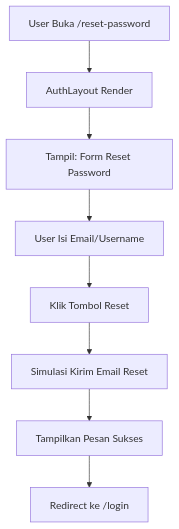
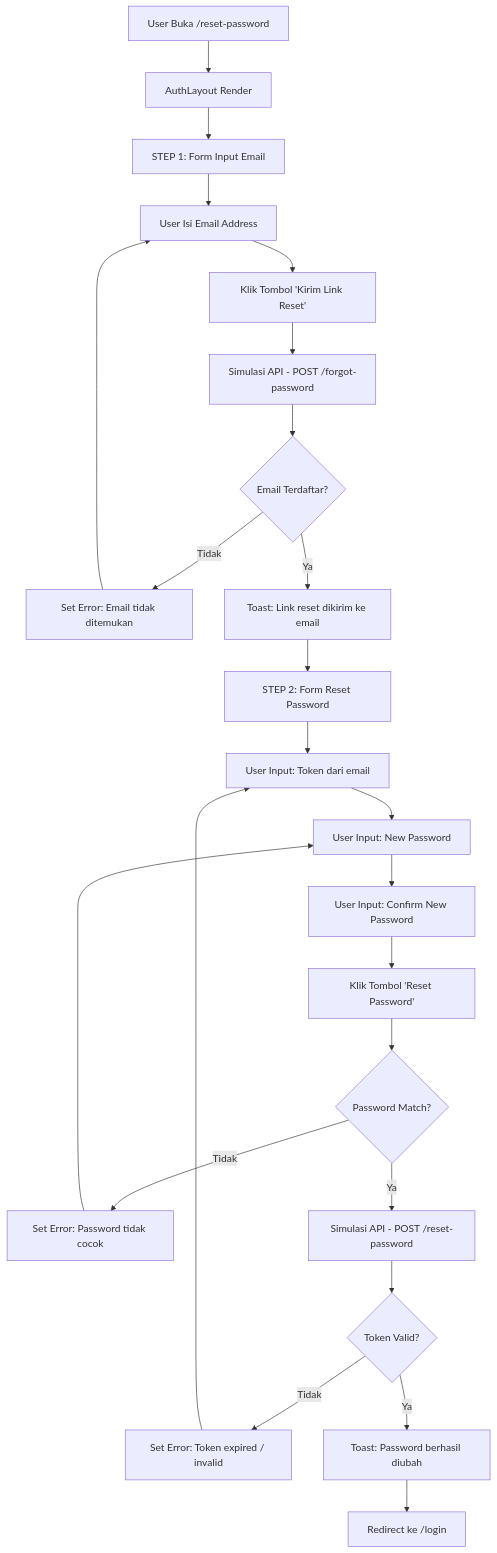
One commit to ricky-blip/pos-frontend changed the fourth of 20 diagrams in FLOWCHART.md. Above: the diagram before and after it, drawn with Mermaid. The commit also changed other lines of this file, not shown here.

Commit message:
update flowchart

````diff
--- a/FLOWCHART.md
+++ b/FLOWCHART.md
@@ -104,10 +125,33 @@
 ```mermaid
 flowchart TD
     A[User Buka /reset-password] --> B[AuthLayout Render]
-    B --> C[Tampil: Form Reset Password]
-    C --> D[User Isi Email/Username]
-    D --> E[Klik Tombol Reset]
-    E --> F[Simulasi Kirim Email Reset]
-    F --> G[Tampilkan Pesan Sukses]
-    G --> H[Redirect ke /login]
+    B --> C[STEP 1: Form Input Email]
+    C --> D[User Isi Email Address]
+    D --> E[Klik Tombol 'Kirim Link Reset']
+    E --> F[Simulasi API - POST /forgot-password]
+    F --> G{Email Terdaftar?}
+
+    G -->|Tidak| H[Set Error: Email tidak ditemukan]
+    H --> D
+
+    G -->|Ya| I[Toast: Link reset dikirim ke email]
+    I --> J[STEP 2: Form Reset Password]
+
+    J --> K[User Input: Token dari email]
+    K --> L[User Input: New Password]
+    L --> M[User Input: Confirm New Password]
+    M --> N[Klik Tombol 'Reset Password']
+    N --> O{Password Match?}
+
+    O -->|Tidak| P[Set Error: Password tidak cocok]
+    P --> L
+
+    O -->|Ya| Q[Simulasi API - POST /reset-password]
+    Q --> R{Token Valid?}
+
+    R -->|Tidak| S[Set Error: Token expired / invalid]
+    S --> K
+
+    R -->|Ya| T[Toast: Password berhasil diubah]
+    T --> U[Redirect ke /login]
 ```
````
